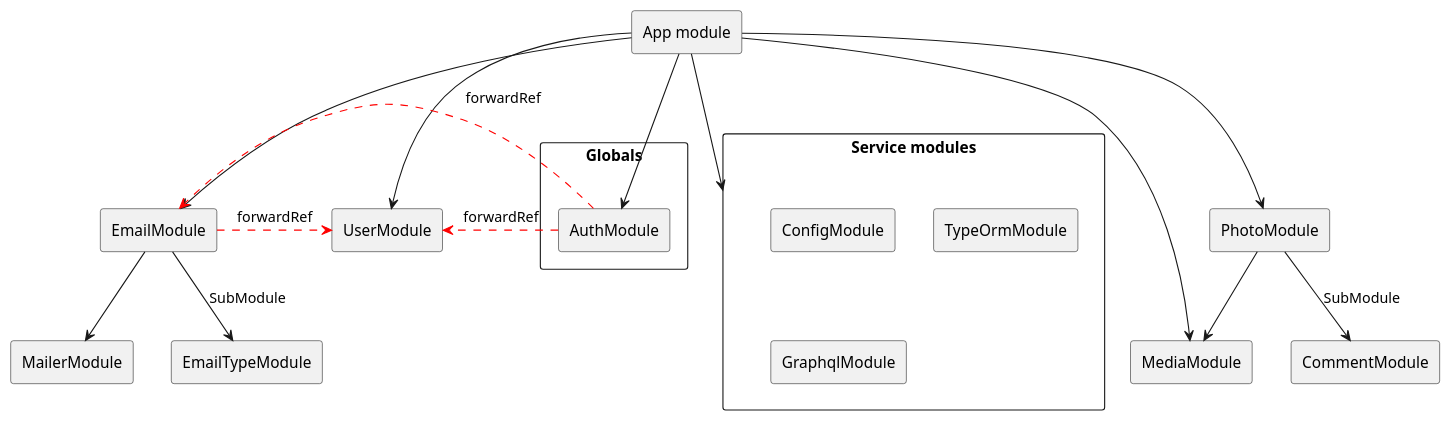
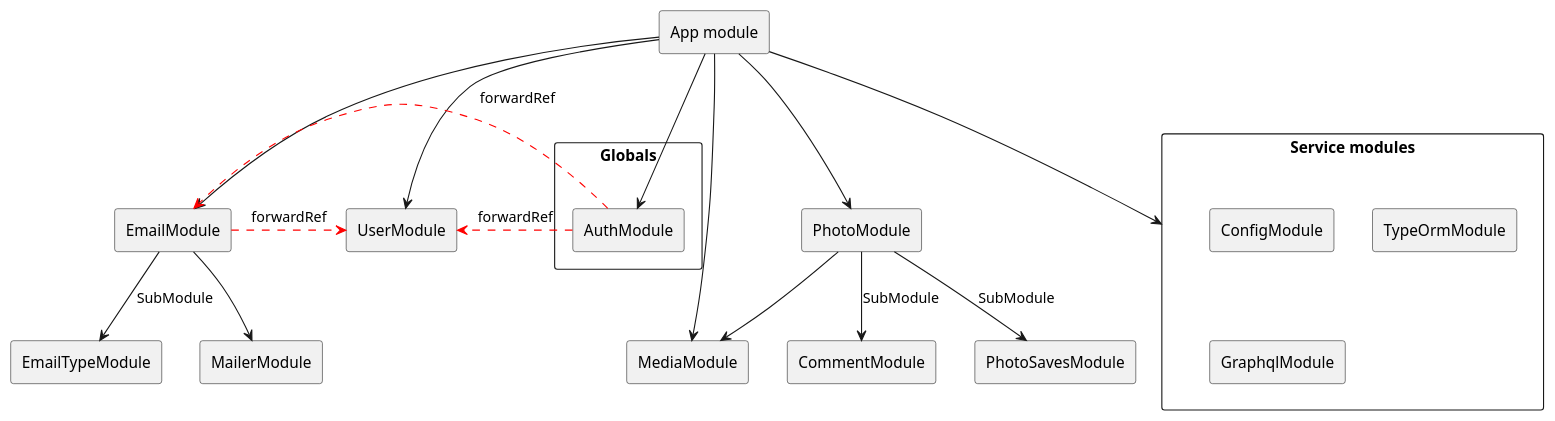
The diagram in docs/schema.puml (pivotdude/reacttw), drawn with PlantUML before and after one commit. The commit also changed 86 other files, not shown here.

```diff
--- a/docs/schema.puml
+++ b/docs/schema.puml
@@ -1,35 +1,37 @@
 @startuml
 ' Define components
 rectangle "App module" as AppModule
 rectangle "Service modules" {
     rectangle ConfigModule
     rectangle TypeOrmModule
     rectangle GraphqlModule
 }
 rectangle "Globals" {
     rectangle AuthModule
 }
 rectangle MediaModule
 rectangle PhotoModule
 rectangle CommentModule
 rectangle UserModule
 rectangle EmailModule
 rectangle EmailTypeModule
 rectangle MailerModule
+rectangle PhotoSavesModule
 ' Comments
 ' Define relationships
 AppModule --> MediaModule
 AppModule --> PhotoModule
 AppModule --> UserModule
 AppModule --> EmailModule
 AppModule --> AuthModule
 AppModule --> "Service modules"
 PhotoModule --> MediaModule
 PhotoModule --> CommentModule : SubModule
+PhotoModule --> PhotoSavesModule : SubModule
 EmailModule --> EmailTypeModule : SubModule
 EmailModule --> MailerModule
 ' Forward references (red arrows)
 EmailModule .[#red]> UserModule : forwardRef
 AuthModule .[#red]> UserModule : forwardRef
 AuthModule .[#red]> EmailModule : forwardRef
 @enduml
```
